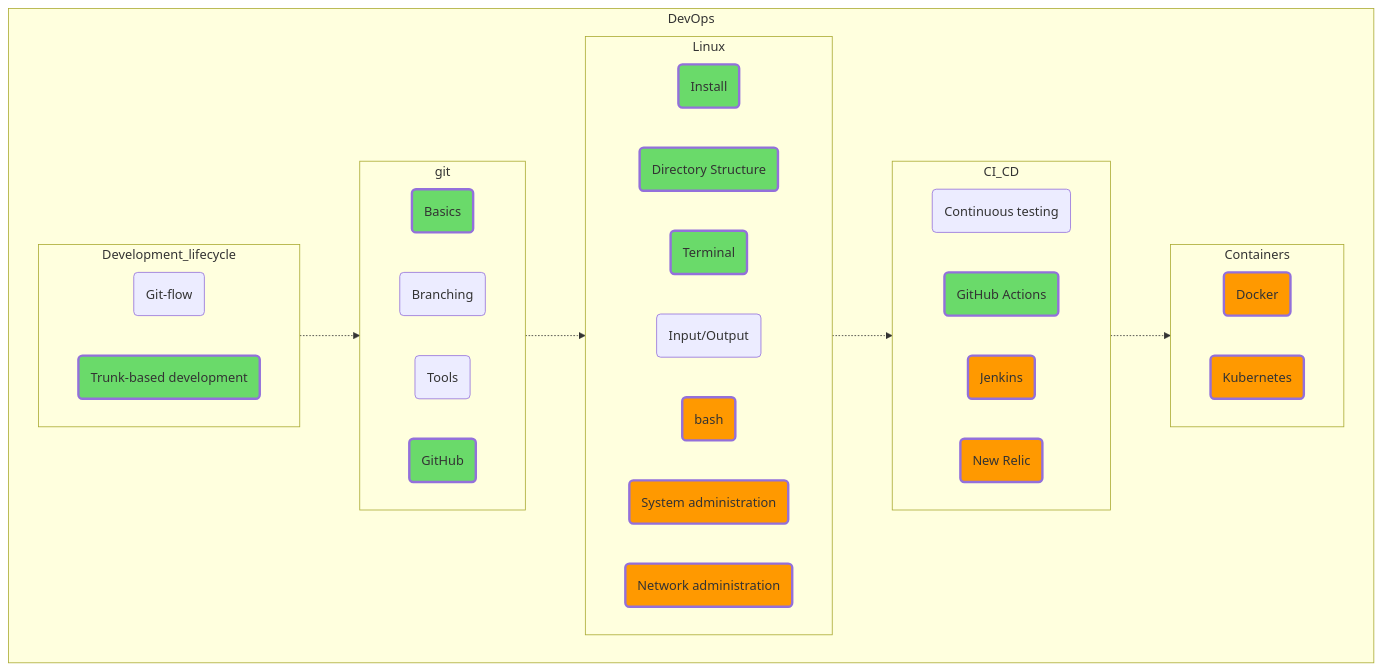
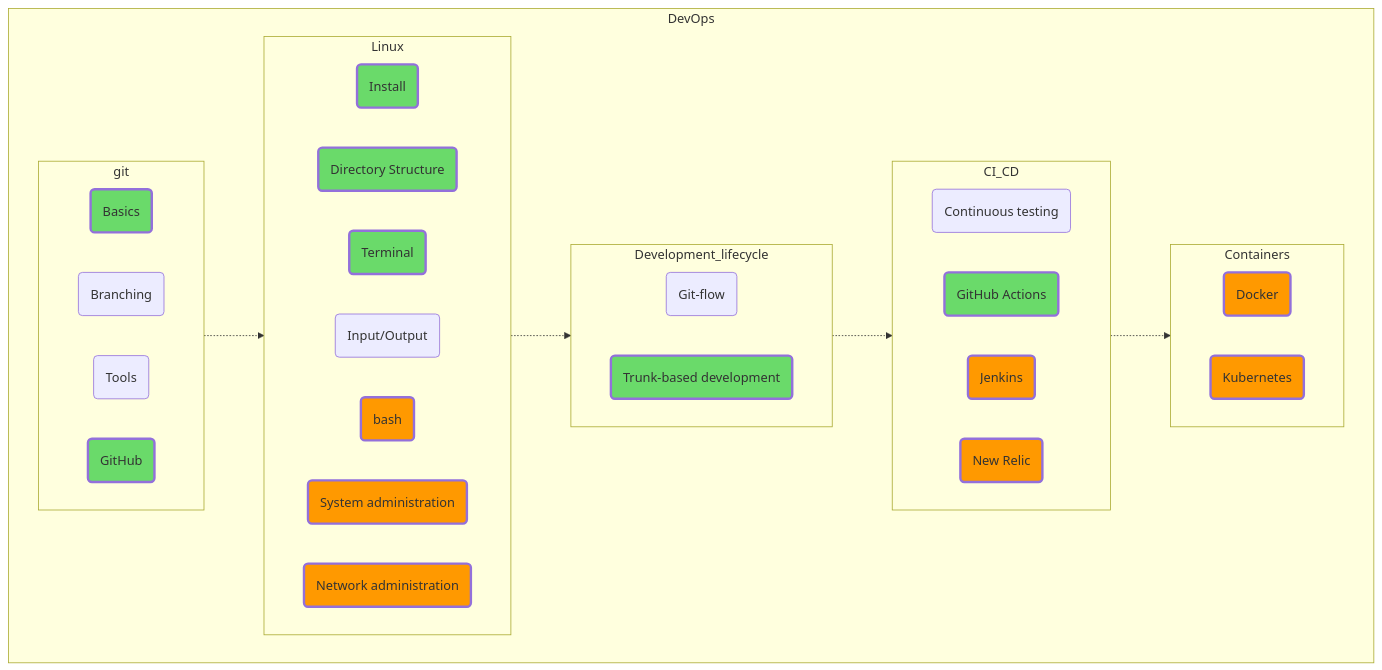
One commit to amaargiru/pyroad changed the diagram in 12_DevOps.md. Above: the diagram before and after it, drawn with Mermaid. The commit also changed other lines of this file and 3 other files, not shown here.

```diff
--- a/12_DevOps.md
+++ b/12_DevOps.md
@@ -7,13 +10,7 @@
 
 subgraph DevOps
 direction LR
-Development_lifecycle -.-> git -.-> Linux -.-> CI_CD -.-> Containers
-
-subgraph Development_lifecycle
-direction LR
-Git_flow("Git-flow")
-trunk_based_development("Trunk-based development")
-end
+git -.-> Linux -.-> Development_lifecycle -.-> CI_CD -.-> Containers
 
 subgraph git
 direction LR
@@ -32,6 +29,12 @@
 bash(bash)
 System_administration("System administration")
 Network_administration("Network administration")
+end
+
+subgraph Development_lifecycle
+direction LR
+Git_flow("Git-flow")
+trunk_based_development("Trunk-based development")
 end
 
 subgraph CI_CD
```
